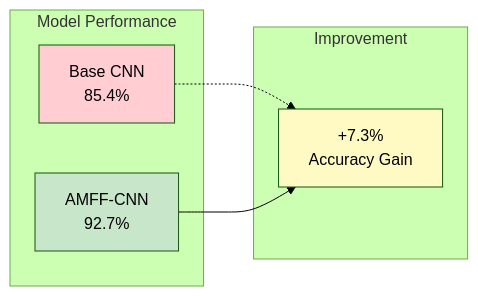
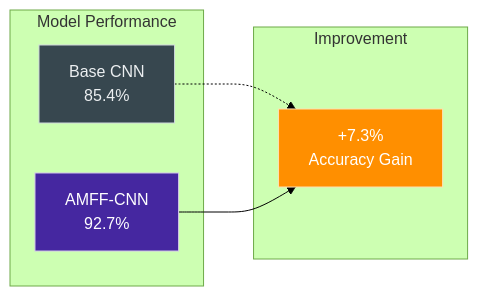
One commit to RiteshKumar2e/Steel_Surface_Defect changed the third of 3 diagrams in README.md. Above: the diagram before and after it, drawn with Mermaid (forest theme). The commit also changed other lines of this file, not shown here.

````diff
--- a/README.md
+++ b/README.md
@@ -398,18 +395,18 @@
 ```mermaid
 graph LR
     subgraph "Model Performance"
         A[Base CNN<br/>85.4%] 
         B[AMFF-CNN<br/>92.7%]
     end
     
     subgraph "Improvement"
         C[+7.3%<br/>Accuracy Gain]
     end
     
     A -.-> C
     B --> C
     
-    style A fill:#ffcdd2
-    style B fill:#c8e6c9
-    style C fill:#fff9c4
+style A fill:#37474f,stroke:#cfd8dc,color:#eceff1
+style B fill:#4527a0,stroke:#d1c4e9,color:#ffffff
+style C fill:#ff8f00,stroke:#ffe0b2,color:#ffffff
 ```
````
